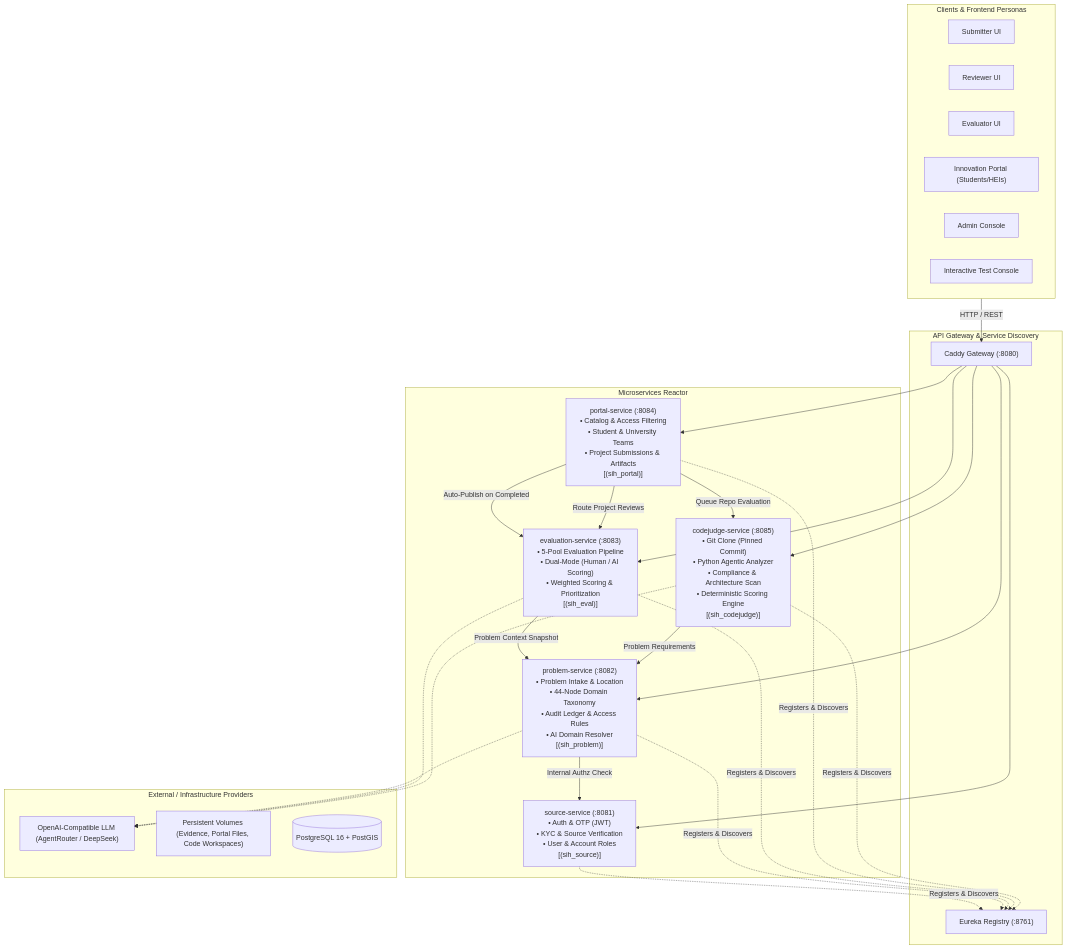
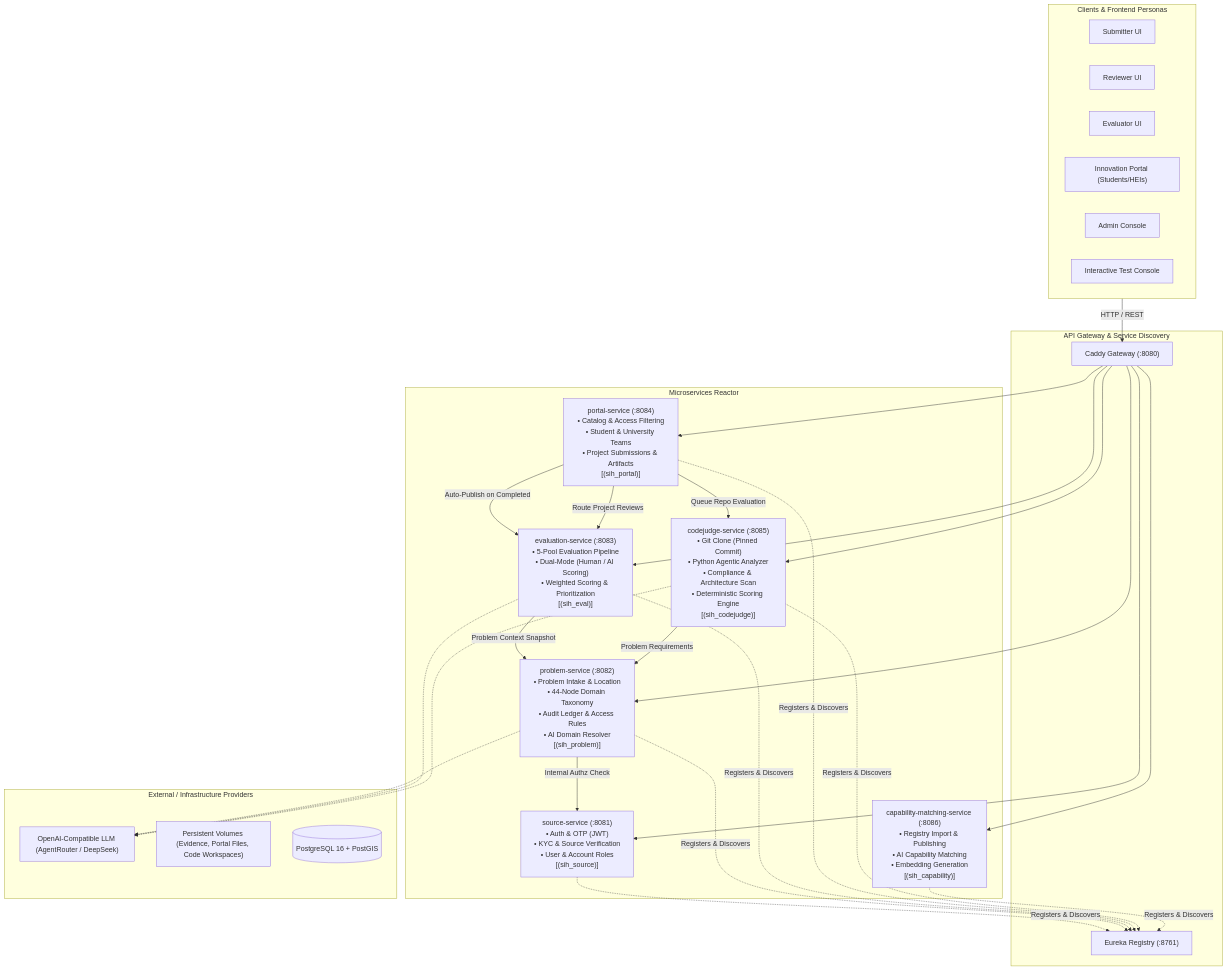
One commit to HarshVerma5840/PS26043-FerraBits changed the diagram in README.md. Above: the diagram before and after it, drawn with Mermaid. The commit also changed other lines of this file and 164 other files, not shown here.

````diff
--- a/README.md
+++ b/README.md
@@ -43,54 +44,57 @@
 ```mermaid
 flowchart TB
     subgraph Clients["Clients & Frontend Personas"]
         SUB["Submitter UI"]
         REV["Reviewer UI"]
         EVAL["Evaluator UI"]
         PORT["Innovation Portal (Students/HEIs)"]
         ADM["Admin Console"]
         TST["Interactive Test Console"]
     end
 
     subgraph Edge["API Gateway & Service Discovery"]
         GW["Caddy Gateway (:8080)"]
         EUK["Eureka Registry (:8761)"]
     end
 
     subgraph CoreServices["Microservices Reactor"]
         SRC["source-service (:8081)\n• Auth & OTP (JWT)\n• KYC & Source Verification\n• User & Account Roles\n[(sih_source)]"]
         PRB["problem-service (:8082)\n• Problem Intake & Location\n• 44-Node Domain Taxonomy\n• Audit Ledger & Access Rules\n• AI Domain Resolver\n[(sih_problem)]"]
         EVL["evaluation-service (:8083)\n• 5-Pool Evaluation Pipeline\n• Dual-Mode (Human / AI Scoring)\n• Weighted Scoring & Prioritization\n[(sih_eval)]"]
         PTL["portal-service (:8084)\n• Catalog & Access Filtering\n• Student & University Teams\n• Project Submissions & Artifacts\n[(sih_portal)]"]
         CDJ["codejudge-service (:8085)\n• Git Clone (Pinned Commit)\n• Python Agentic Analyzer\n• Compliance & Architecture Scan\n• Deterministic Scoring Engine\n[(sih_codejudge)]"]
+        CMS["capability-matching-service (:8086)\n• Registry Import & Publishing\n• AI Capability Matching\n• Embedding Generation\n[(sih_capability)]"]
     end
 
     subgraph External["External / Infrastructure Providers"]
         LLM["OpenAI-Compatible LLM (AgentRouter / DeepSeek)"]
         FS["Persistent Volumes (Evidence, Portal Files, Code Workspaces)"]
         PG[("PostgreSQL 16 + PostGIS")]
     end
 
     Clients -->|HTTP / REST| GW
     GW --> SRC
     GW --> PRB
     GW --> EVL
     GW --> PTL
     GW --> CDJ
+    GW --> CMS
 
     SRC -.->|Registers & Discovers| EUK
     PRB -.->|Registers & Discovers| EUK
     EVL -.->|Registers & Discovers| EUK
     PTL -.->|Registers & Discovers| EUK
     CDJ -.->|Registers & Discovers| EUK
+    CMS -.->|Registers & Discovers| EUK
 
     PRB -->|Internal Authz Check| SRC
     EVL -->|Problem Context Snapshot| PRB
     PTL -->|Auto-Publish on Completed| EVL
     PTL -->|Route Project Reviews| EVL
     PTL -->|Queue Repo Evaluation| CDJ
     CDJ -->|Problem Requirements| PRB
 
     PRB -.-> LLM
     EVL -.-> LLM
     CDJ -.-> LLM
 ```
````
